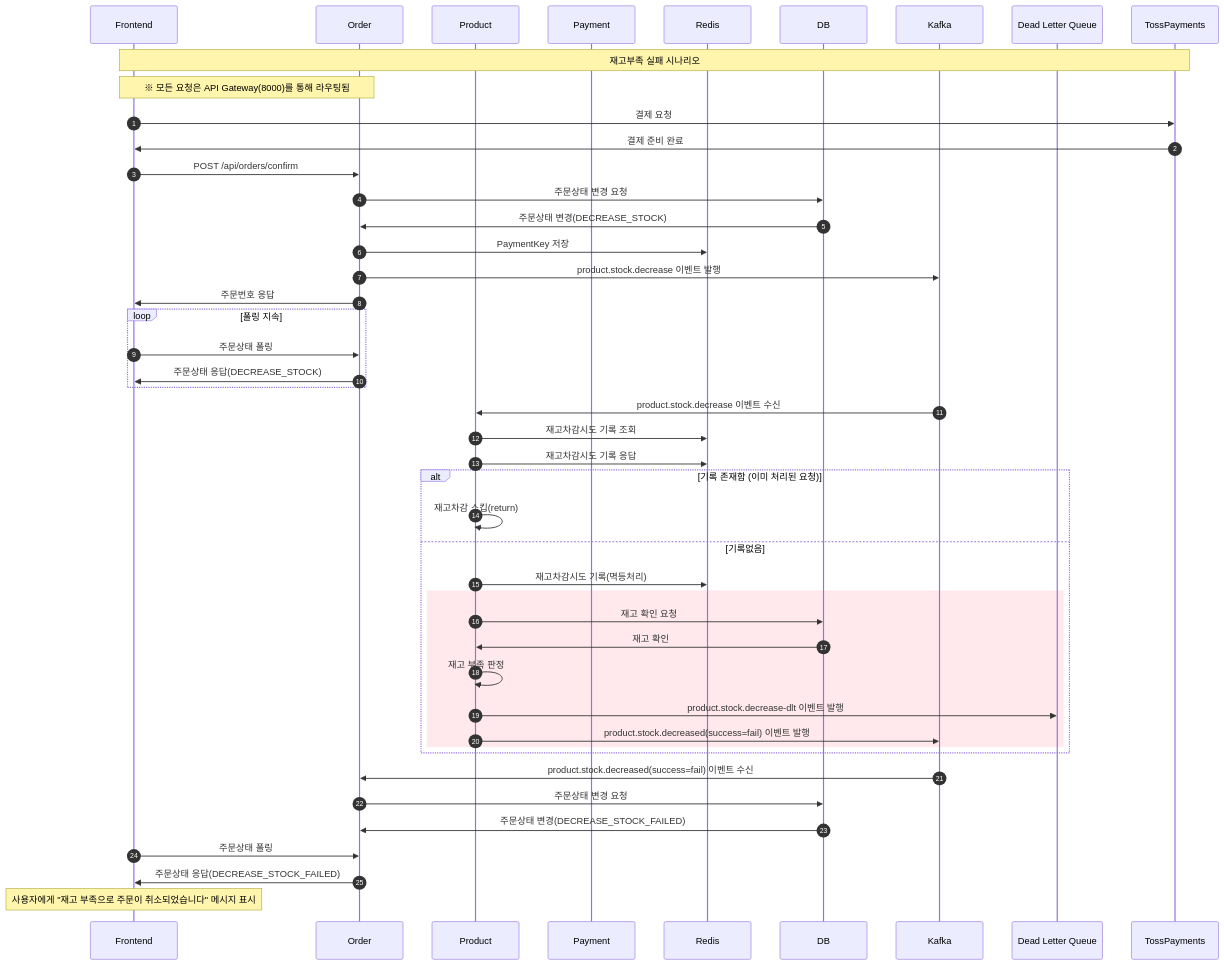
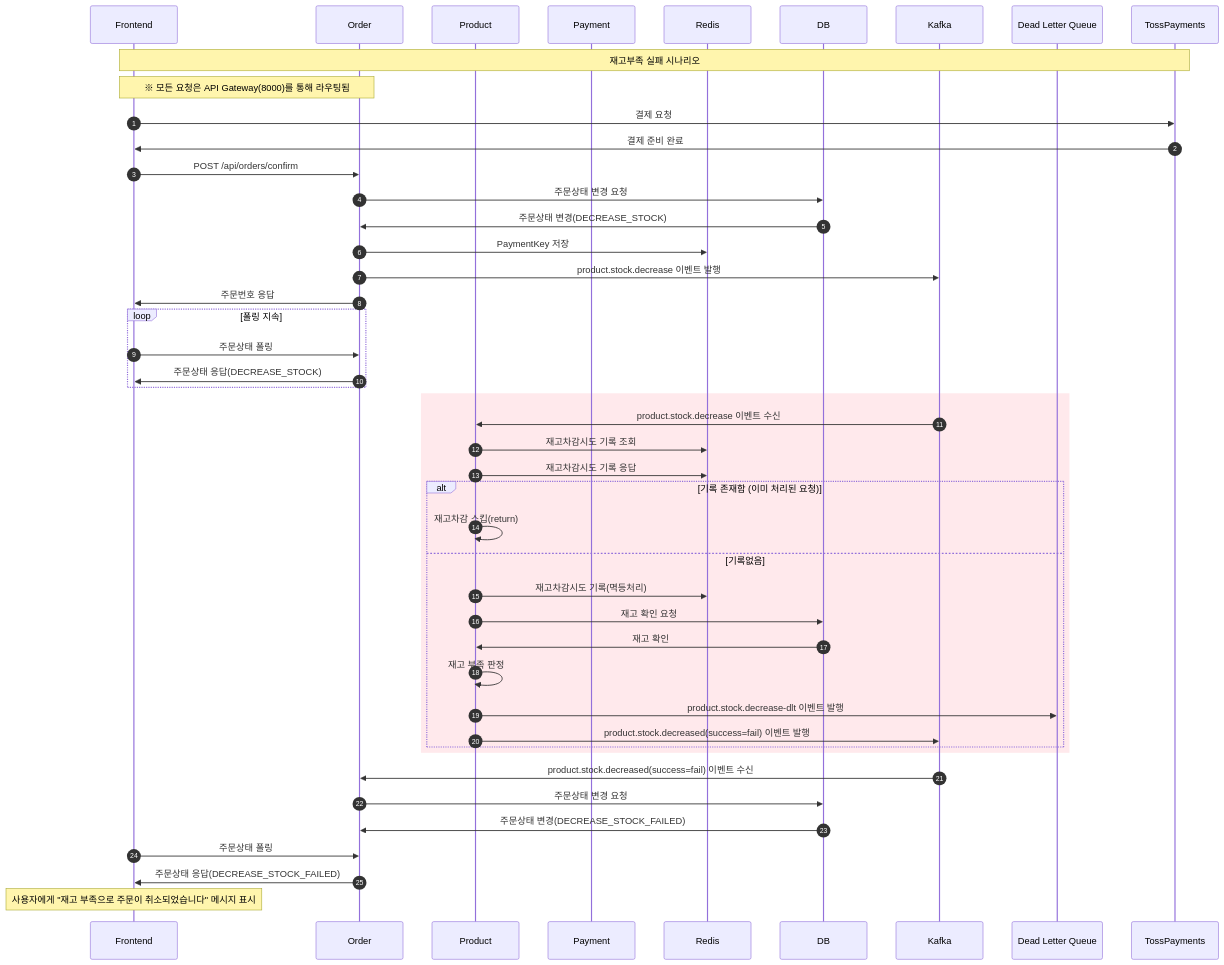
The fourth of 5 diagrams in readMe.md (hana0627/i-love-pet), drawn with Mermaid before and after one commit. The commit also changed other lines of this file, not shown here.

````diff
--- a/readMe.md
+++ b/readMe.md
@@ -372,58 +374,58 @@
 ```mermaid
 sequenceDiagram autonumber
     participant Frontend
     participant Order
     participant Product
     participant Payment
     participant Redis
     participant DB
     participant Kafka
     participant DLQ as Dead Letter Queue
     participant TossPayments
 
     Note over Frontend,TossPayments: 재고부족 실패 시나리오
     Note over Frontend,Order: ※ 모든 요청은 API Gateway(8000)를 통해 라우팅됨
 
     Frontend->>TossPayments: 결제 요청
     TossPayments->>Frontend: 결제 준비 완료
 
 
     Frontend->>Order: POST /api/orders/confirm
     Order->>DB: 주문상태 변경 요청
     DB->>Order: 주문상태 변경(DECREASE_STOCK)
     Order->>Redis: PaymentKey 저장
     Order->>Kafka: product.stock.decrease 이벤트 발행
     Order->>Frontend: 주문번호 응답
     
     loop 폴링 지속
         Frontend->>Order: 주문상태 폴링
         Order->>Frontend: 주문상태 응답(DECREASE_STOCK)
     end
 
-    Kafka->>Product: product.stock.decrease 이벤트 수신
-    
-    Product->>Redis: 재고차감시도 기록 조회
-    Product->>Redis: 재고차감시도 기록 응답
-    
-    alt 기록 존재함 (이미 처리된 요청)
-        Product->>Product: 재고차감 스킵(return)
-    else 기록없음 
-        Product->>Redis: 재고차감시도 기록(멱등처리)
-        rect rgba(255, 182, 193, 0.3)
-              Product->>DB: 재고 확인 요청
-              DB->>Product: 재고 확인
-              Product->>Product: 재고 부족 판정
-              Product->>DLQ: product.stock.decrease-dlt 이벤트 발행
-              Product->>Kafka: product.stock.decreased(success=fail) 이벤트 발행
+    rect rgba(255, 182, 193, 0.3)
+        Kafka->>Product: product.stock.decrease 이벤트 수신
+        
+        Product->>Redis: 재고차감시도 기록 조회
+        Product->>Redis: 재고차감시도 기록 응답
+        
+        alt 기록 존재함 (이미 처리된 요청)
+            Product->>Product: 재고차감 스킵(return)
+        else 기록없음 
+            Product->>Redis: 재고차감시도 기록(멱등처리)
+            Product->>DB: 재고 확인 요청
+            DB->>Product: 재고 확인
+            Product->>Product: 재고 부족 판정
+            Product->>DLQ: product.stock.decrease-dlt 이벤트 발행
+            Product->>Kafka: product.stock.decreased(success=fail) 이벤트 발행
         end
     end
 
     Kafka->>Order: product.stock.decreased(success=fail) 이벤트 수신
     Order->>DB: 주문상태 변경 요청
     DB->>Order: 주문상태 변경(DECREASE_STOCK_FAILED)
 
     Frontend->>Order: 주문상태 폴링
     Order->>Frontend: 주문상태 응답(DECREASE_STOCK_FAILED)
     
     Note over Frontend: 사용자에게 "재고 부족으로 주문이 취소되었습니다" 메시지 표시
 ```
````
